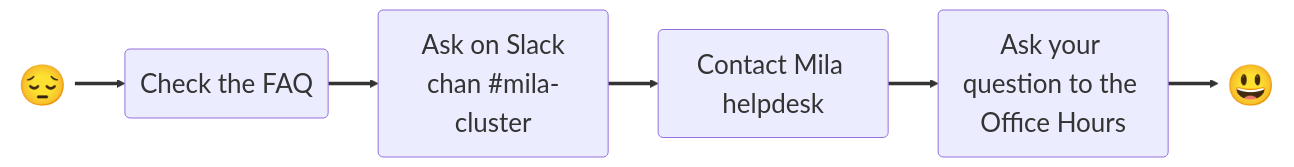
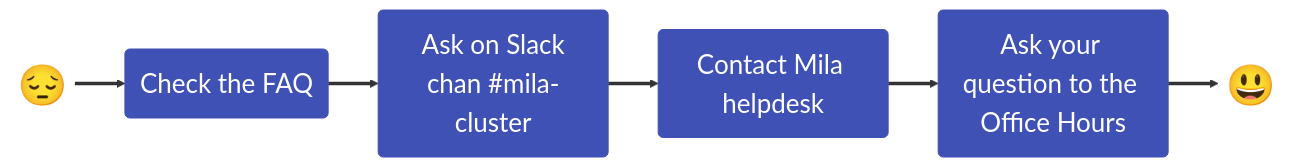
The diagram in docs/help/index.md (mila-iqia/mila-docs), drawn with Mermaid before and after one commit. The commit also changed other lines of this file, not shown here.

Commit message:
Update mila-cluster Slack link

````diff
--- a/docs/help/index.md
+++ b/docs/help/index.md
@@ -6,23 +6,27 @@
 ``` mermaid
     graph LR
         User(😔):::emoji
-        Slack("`Ask on Slack
-        chan #mila-cluster`"):::bigger
+        FAQ(<span>Check the FAQ</span>):::bigger
+        Slack("`<span>Ask on Slack
+        chan #mila-cluster</span>`"):::bigger
+        Helpdesk(<span>Contact Mila helpdesk</span>):::bigger
+        OfficeHours(<span>Ask your question to the Office Hours</span>):::bigger
         Yay(😃):::emoji
 
-        User ==> FAQ(Check the FAQ):::bigger
+        User ==> FAQ
         FAQ ==> Slack
-        Slack ==> Helpdesk(Contact Mila helpdesk):::bigger
-        Helpdesk ==> OfficeHours(Ask your question to the Office Hours):::bigger
+        Slack ==> Helpdesk
+        Helpdesk ==> OfficeHours
         OfficeHours ==> Yay
 
 
         User@{ shape: text }
         Yay@{ shape: text }
 
         click FAQ "/help/faq/"
+        click Slack "https://mila-umontreal.slack.com/archives/CFAS8455H"
         click Helpdesk "https://mila-iqia.atlassian.net/servicedesk/customer/portal/5"
 
-        classDef bigger font-size:26px
+        classDef bigger font-size:26px, fill:#4051b5, stroke:#4051b5, color:white
         classDef emoji font-size:40px, fill:transparent
 ```
````
